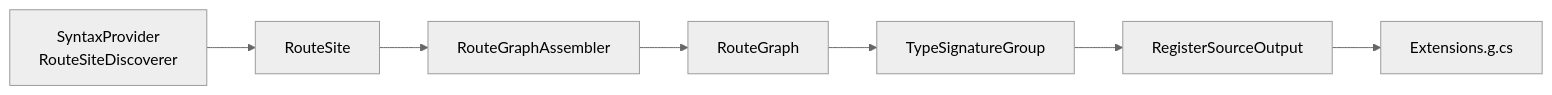
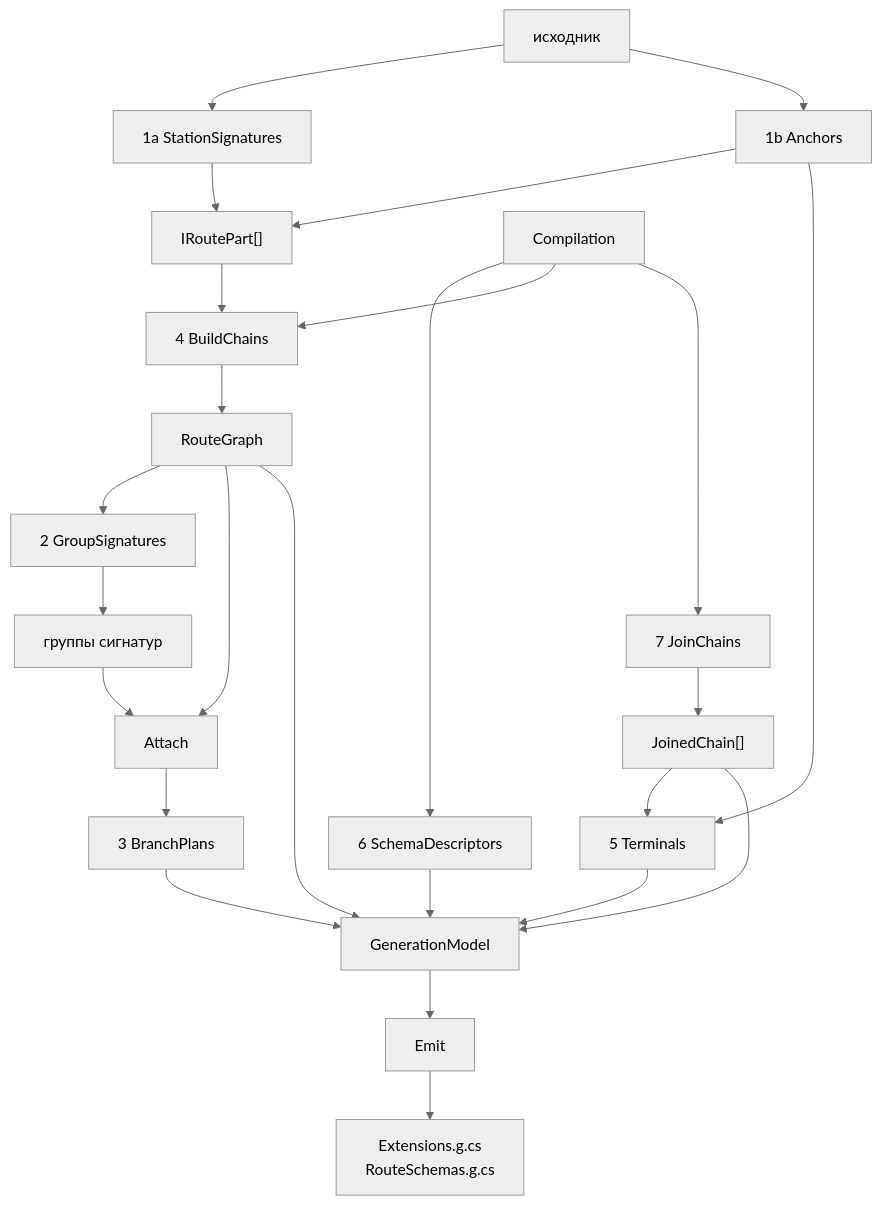
One commit to moragfullrest-cmyk/TrainOP changed the second of 5 diagrams in docs/textbook.md. Above: the diagram before and after it, drawn with Mermaid (neutral theme). The commit also changed other lines of this file and 52 other files, not shown here.

Commit message:
Retire RouteSite so discovery emits IRoutePart directly.

````diff
--- a/docs/textbook.md
+++ b/docs/textbook.md
@@ -900,9 +904,27 @@
 ```mermaid
-flowchart LR
-  S["SyntaxProvider<br/>RouteSiteDiscoverer"] --> R["RouteSite"]
-  R --> A["RouteGraphAssembler"]
-  A --> G["RouteGraph"]
-  G --> TSG["TypeSignatureGroup"]
-  TSG --> RSO["RegisterSourceOutput"]
-  RSO --> E["Extensions.g.cs"]
+flowchart TB
+  Src["исходник"] --> S1a["1a StationSignatures"]
+  Src --> S1b["1b Anchors"]
+  S1a --> Parts["IRoutePart[]"]
+  S1b --> Parts
+  Comp["Compilation"] --> S6["6 SchemaDescriptors"]
+  Parts --> S4["4 BuildChains"]
+  Comp --> S4
+  S4 --> Graph["RouteGraph"]
+  Comp --> S7["7 JoinChains"]
+  S7 --> Joins["JoinedChain[]"]
+  S1b --> S5["5 Terminals"]
+  Joins --> S5
+  Graph --> S2["2 GroupSignatures"]
+  S2 --> Groups["группы сигнатур"]
+  Graph --> Att["Attach"]
+  Groups --> Att
+  Att --> S3["3 BranchPlans"]
+  S6 --> Model["GenerationModel"]
+  S5 --> Model
+  Joins --> Model
+  Graph --> Model
+  S3 --> Model
+  Model --> Emit["Emit"]
+  Emit --> Files["Extensions.g.cs<br/>RouteSchemas.g.cs"]
 ```
````
